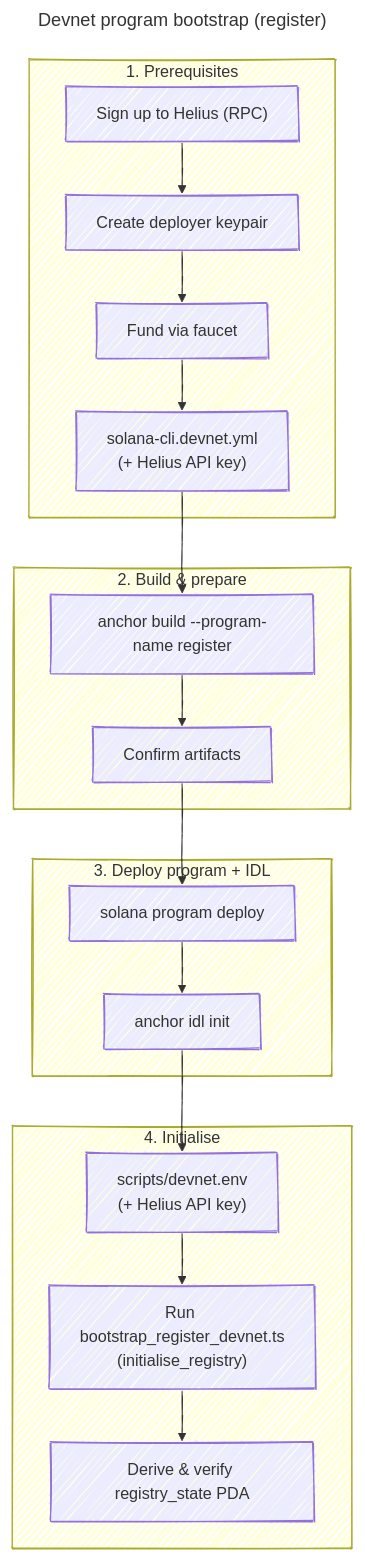
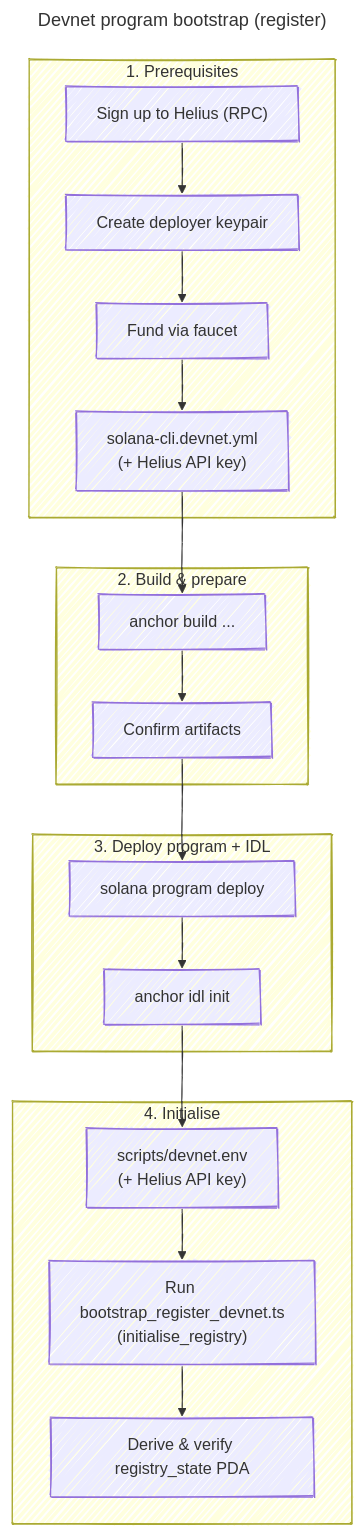
The second of 5 diagrams in README.md (pjlangley/ff), drawn with Mermaid before and after one commit. The commit also changed other lines of this file, not shown here.

Commit message:
add diagram for devnet program upgrades

````diff
--- a/README.md
+++ b/README.md
@@ -479,38 +479,38 @@
 ```mermaid
 ---
 title: Devnet program bootstrap (register)
 config:
   look: handDrawn
 ---
 graph TD
     subgraph P1["1. Prerequisites"]
         Helius["Sign up to Helius (RPC)"]
         Keygen["Create deployer keypair"]
         Fund["Fund via faucet"]
         Cfg["solana-cli.devnet.yml<br/>(+ Helius API key)"]
         Helius --> Keygen --> Fund --> Cfg
     end
 
     subgraph P2["2. Build &amp; prepare"]
-        Build["anchor build --program-name register"]
+        Build["anchor build ..."]
         Artifacts["Confirm artifacts"]
         Build --> Artifacts
     end
 
     subgraph P3["3. Deploy program + IDL"]
         Deploy["solana program deploy"]
         Idl["anchor idl init"]
         Deploy --> Idl
     end
 
     subgraph P4["4. Initialise"]
         Env["scripts/devnet.env<br/>(+ Helius API key)"]
         Boot["Run bootstrap_register_devnet.ts<br/>(initialise_registry)"]
         Pda["Derive &amp; verify registry_state PDA"]
         Env --> Boot --> Pda
     end
 
     Cfg --> Build
     Artifacts --> Deploy
     Idl --> Env
 ```
````
